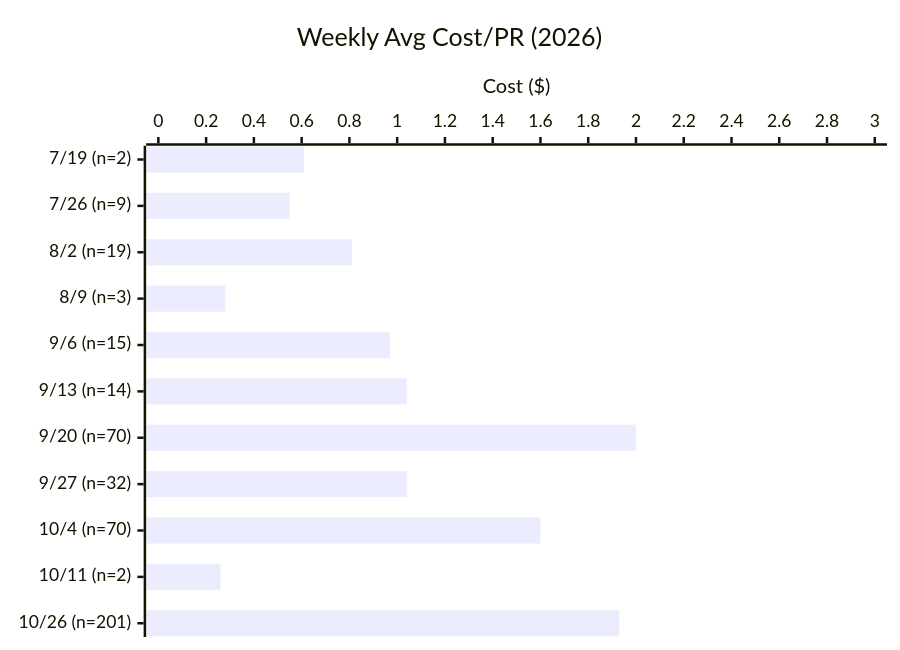
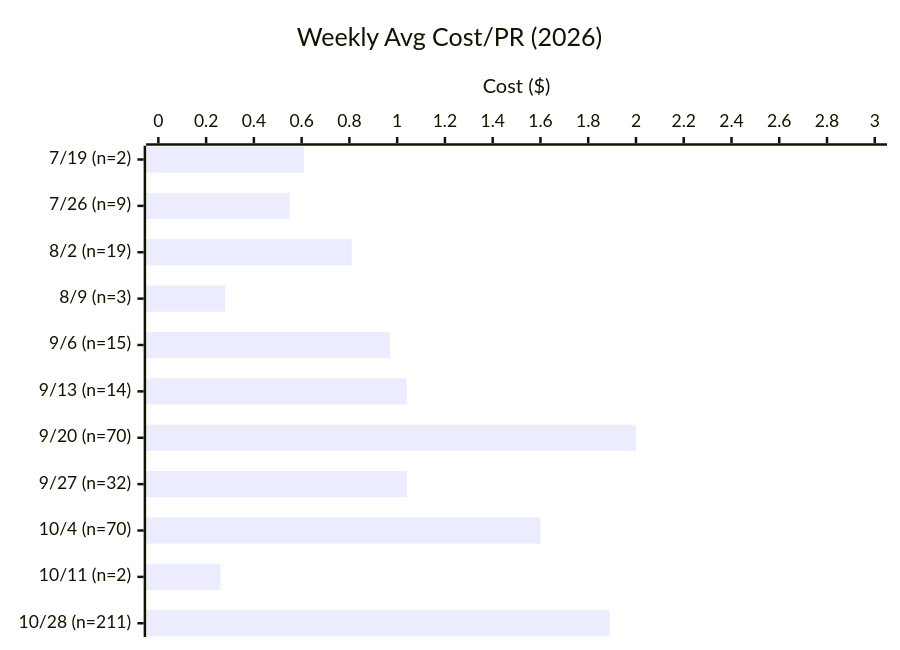
One commit to Sanctum-Origo-Systems/autoloop changed the second of 3 diagrams in EVAL.md. Above: the diagram before and after it, drawn with Mermaid. The commit also changed other lines of this file and 1 other file, not shown here.

````diff
--- a/EVAL.md
+++ b/EVAL.md
@@ -76,7 +94,7 @@
 ```mermaid
 xychart-beta horizontal
     title "Weekly Avg Cost/PR (2026)"
-    x-axis ["7/19 (n=2)", "7/26 (n=9)", "8/2 (n=19)", "8/9 (n=3)", "9/6 (n=15)", "9/13 (n=14)", "9/20 (n=70)", "9/27 (n=32)", "10/4 (n=70)", "10/11 (n=2)", "10/26 (n=201)"]
+    x-axis ["7/19 (n=2)", "7/26 (n=9)", "8/2 (n=19)", "8/9 (n=3)", "9/6 (n=15)", "9/13 (n=14)", "9/20 (n=70)", "9/27 (n=32)", "10/4 (n=70)", "10/11 (n=2)", "10/28 (n=211)"]
     y-axis "Cost ($)" 0 --> 3
-    bar [0.61, 0.55, 0.81, 0.28, 0.97, 1.04, 2.00, 1.04, 1.60, 0.26, 1.93]
+    bar [0.61, 0.55, 0.81, 0.28, 0.97, 1.04, 2.00, 1.04, 1.60, 0.26, 1.89]
 ```
````
